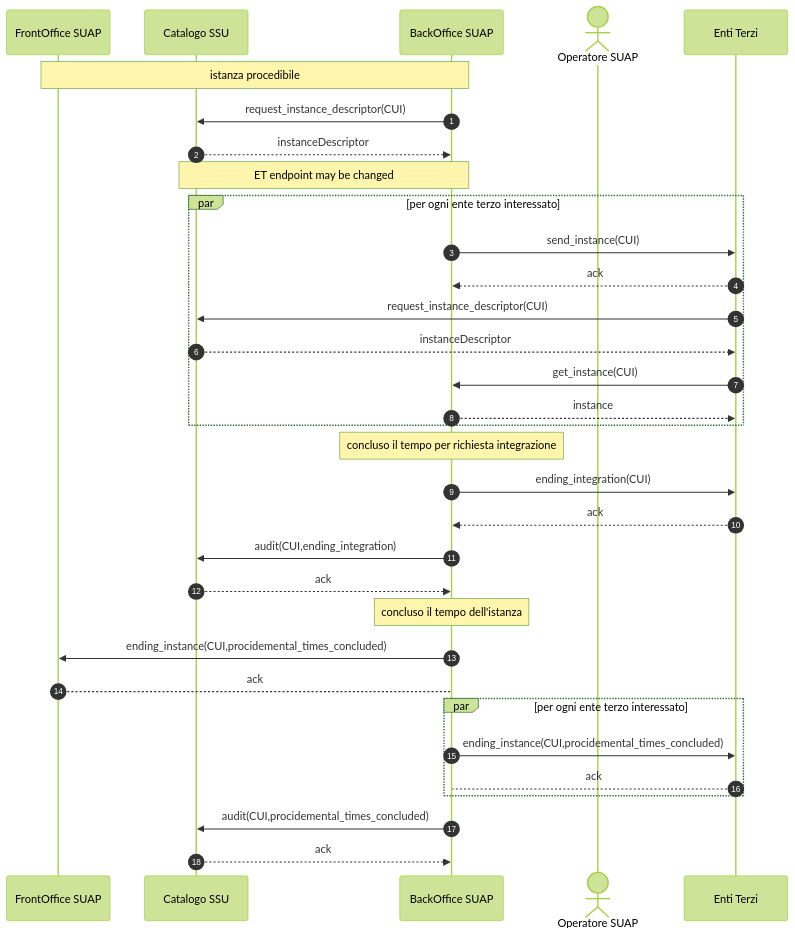
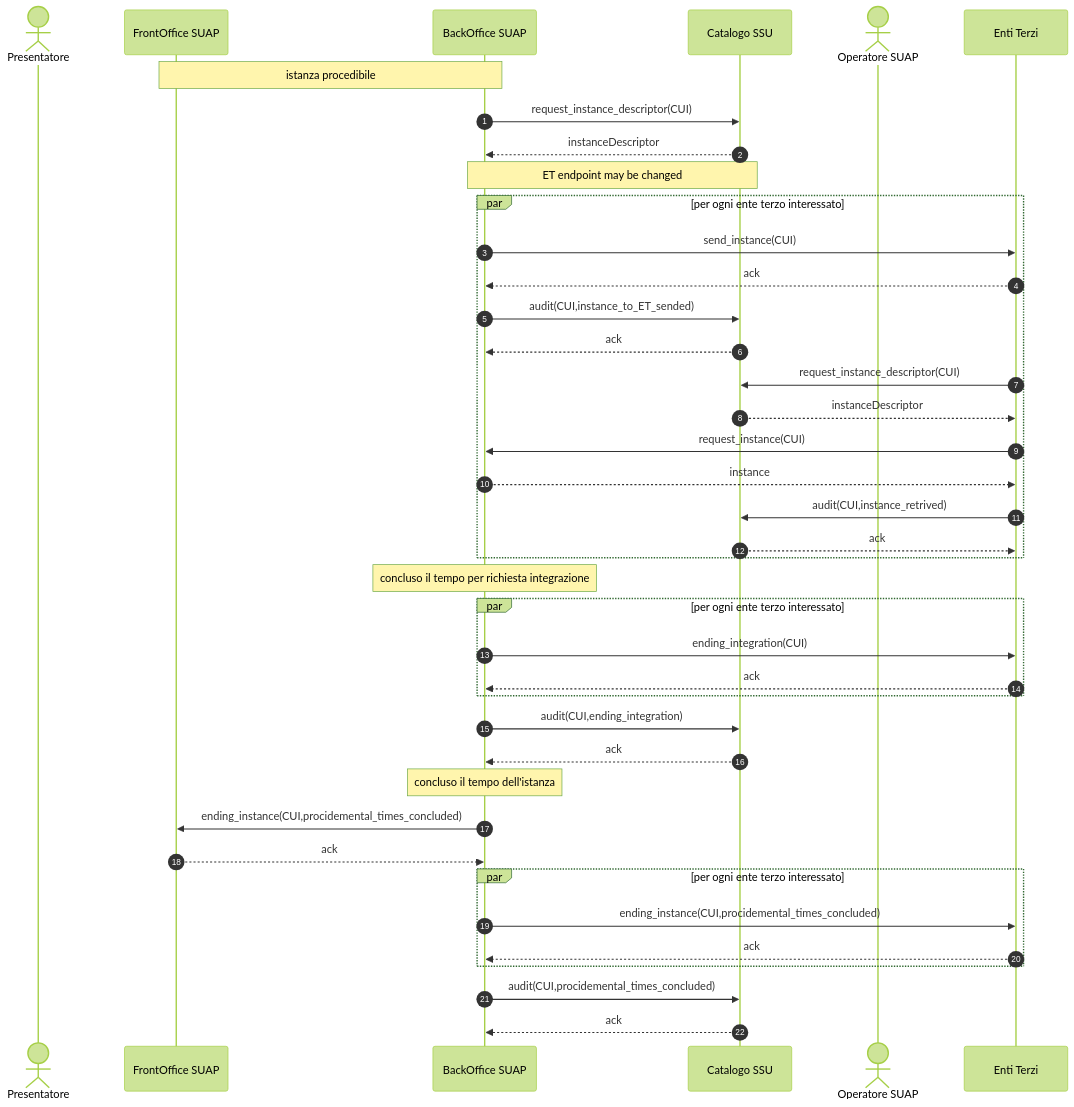
The diagram in to_interoperabilita/sequence-diagram/DomandaAutorizzazione-003.mermaid (AgID/suap-gt-specifiche), drawn with Mermaid (forest theme) before and after one commit.

Commit message:
fixed DomandaAutorizzazione-003

```diff
--- a/to_interoperabilita/sequence-diagram/DomandaAutorizzazione-003.mermaid
+++ b/to_interoperabilita/sequence-diagram/DomandaAutorizzazione-003.mermaid
@@ -1,39 +1,45 @@
 sequenceDiagram
     autonumber
-    
+
+    actor P as Presentatore    
     participant F as FrontOffice SUAP
-    participant C as Catalogo SSU    
-    participant B as BackOffice SUAP    
+    participant B as BackOffice SUAP   
+    participant C as Catalogo SSU 
     actor O as Operatore SUAP    
     participant E as Enti Terzi    
- 
+
     Note over F,B: istanza procedibile
     B ->> C: request_instance_descriptor(CUI)
     C -->> B: instanceDescriptor
     Note over C,B: ET endpoint may be changed
     
     par per ogni ente terzo interessato        
         B ->> E: send_instance(CUI)
         E -->> B: ack
+        B ->> C: audit(CUI,instance_to_ET_sended)
+        C -->> B: ack
         E ->> C: request_instance_descriptor(CUI)
         C -->> E: instanceDescriptor
-        E ->> B: get_instance(CUI)
+        E ->> B: request_instance(CUI)
         B -->> E: instance
+        E ->> C: audit(CUI,instance_retrived)
+        C -->> E: ack
     end
-    
 
     Note over B: concluso il tempo per richiesta integrazione
-    B ->> E: ending_integration(CUI)
-    E -->> B: ack
-    B ->> C: audit(CUI,ending_integration)
-    C -->> B: ack
-    
+    par per ogni ente terzo interessato 
+        B ->> E: ending_integration(CUI)
+        E -->> B: ack
+    end
+        B ->> C: audit(CUI,ending_integration)
+        C -->> B: ack
+        
     Note over B: concluso il tempo dell'istanza 
     B ->> F: ending_instance(CUI,procidemental_times_concluded)
-    F --> B: ack            
+    F -->> B: ack            
     par per ogni ente terzo interessato
         B ->> E: ending_instance(CUI,procidemental_times_concluded)
-        E --> B: ack
+        E -->> B: ack
     end
     B ->> C: audit(CUI,procidemental_times_concluded)
     C -->> B: ack
```
